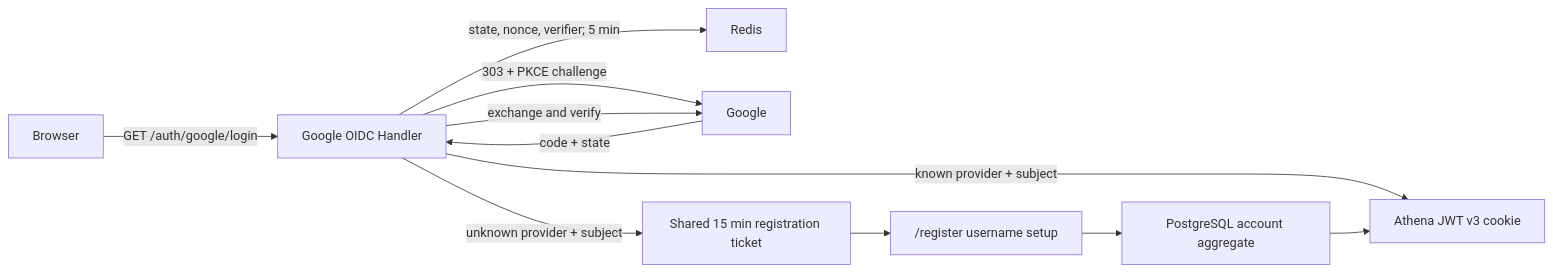
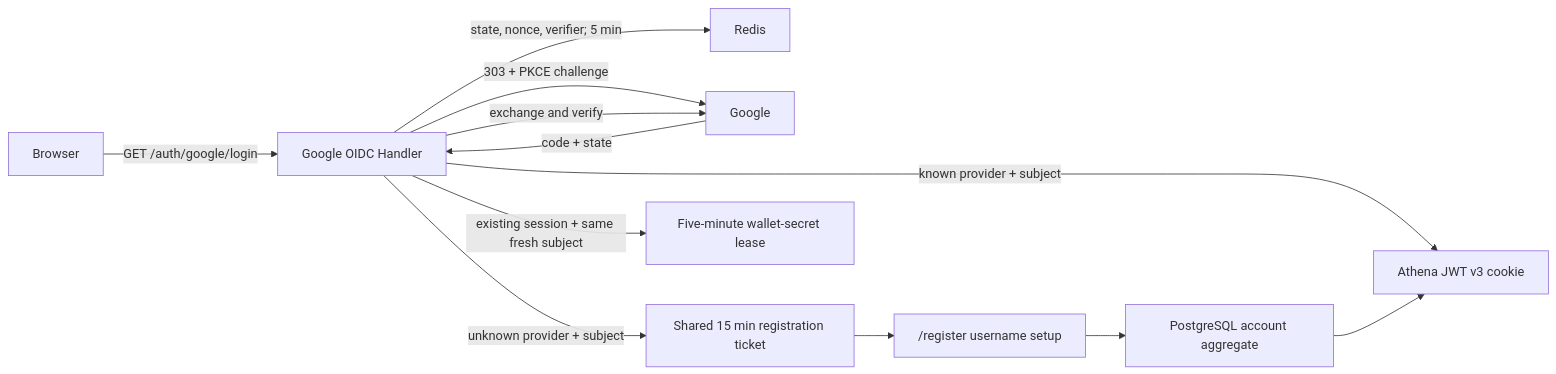
The diagram in docs/design/identity-access/google-oidc-login.md (useryege/athena-o), drawn with Mermaid before and after one commit. The commit also changed other lines of this file and 79 other files, not shown here.

````diff
--- a/docs/design/identity-access/google-oidc-login.md
+++ b/docs/design/identity-access/google-oidc-login.md
@@ -34,13 +39,14 @@
 ```mermaid
 flowchart LR
     B["Browser"] -->|"GET /auth/google/login"| H["Google OIDC Handler"]
     H -->|"state, nonce, verifier; 5 min"| R["Redis"]
     H -->|"303 + PKCE challenge"| G["Google"]
     G -->|"code + state"| H
     H -->|"exchange and verify"| G
     H -->|"known provider + subject"| S["Athena JWT v3 cookie"]
     H -->|"unknown provider + subject"| T["Shared 15 min registration ticket"]
+    H -->|"existing session + same fresh subject"| W["Five-minute wallet-secret lease"]
     T --> U["/register username setup"]
     U --> D["PostgreSQL account aggregate"]
     D --> S
 ```
````
